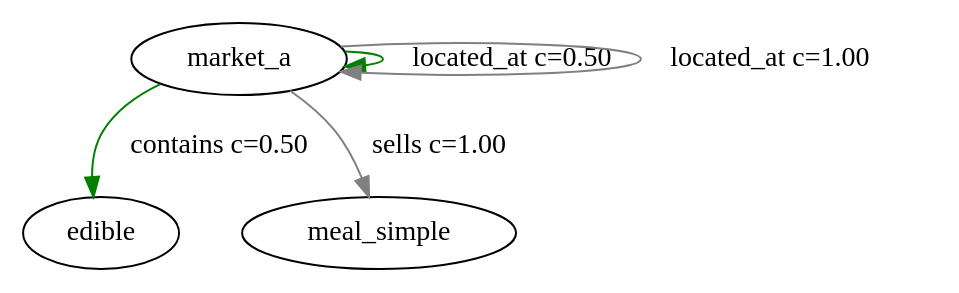
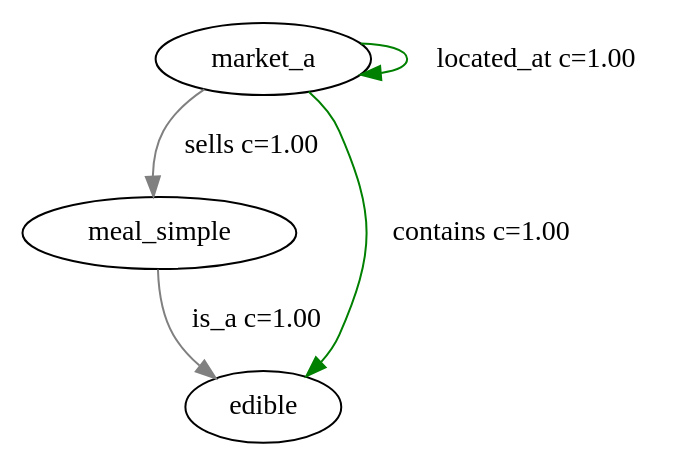
One commit to lskllk/city_sim changed the diagram in docs/kb_n0_d7.dot. Above: the diagram before and after it, drawn with Graphviz. The commit also changed 53 other files, not shown here.

```diff
--- a/docs/kb_n0_d7.dot
+++ b/docs/kb_n0_d7.dot
@@ -1,6 +1,6 @@
 digraph kb {
-  "market_a" -> "edible" [label="contains c=0.50" color="green"];
-  "market_a" -> "market_a" [label="located_at c=0.50" color="green"];
   "market_a" -> "meal_simple" [label="sells c=1.00" color="gray"];
-  "market_a" -> "market_a" [label="located_at c=1.00" color="gray"];
+  "meal_simple" -> "edible" [label="is_a c=1.00" color="gray"];
+  "market_a" -> "edible" [label="contains c=1.00" color="green"];
+  "market_a" -> "market_a" [label="located_at c=1.00" color="green"];
 }
```
